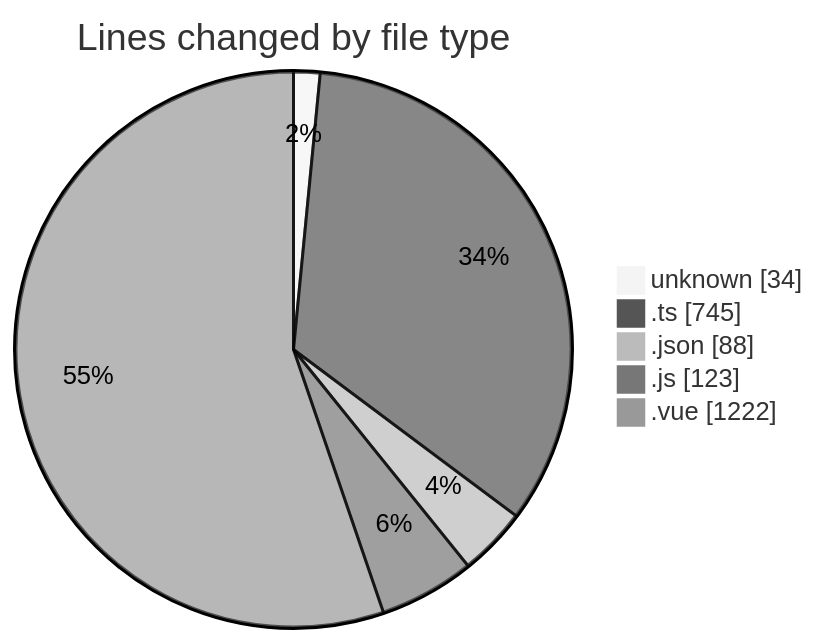
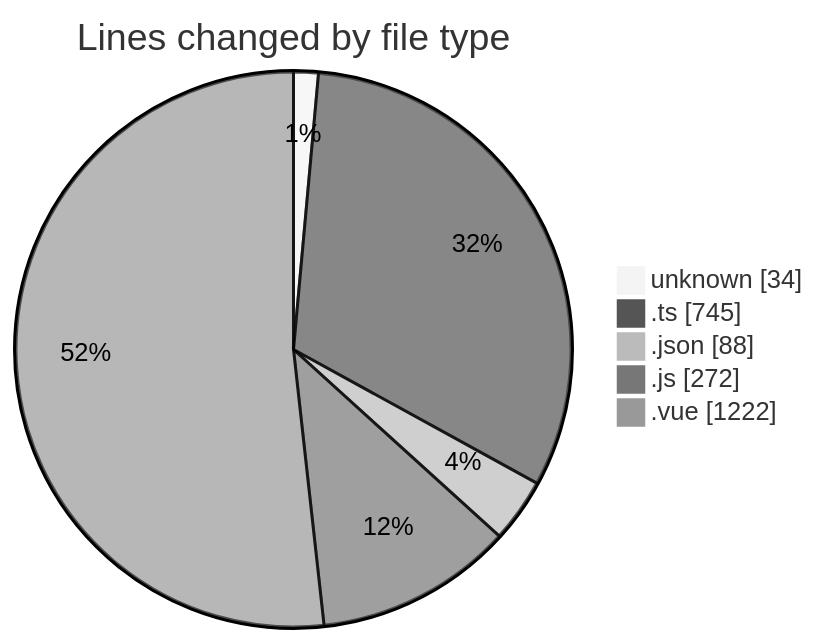
The first of 2 diagrams in 2025-07-13/rentotp/README.md (lephambinh05/code-tracking), drawn with Mermaid (neutral theme) before and after one commit. The commit also changed other lines of this file and 1 other file, not shown here.

````diff
--- a/2025-07-13/rentotp/README.md
+++ b/2025-07-13/rentotp/README.md
@@ -44,9 +45,9 @@
 ```mermaid
 pie showData
 title Lines changed by file type
 "unknown" : 34
 ".ts" : 745
 ".json" : 88
-".js" : 123
+".js" : 272
 ".vue" : 1222
 ```
````
